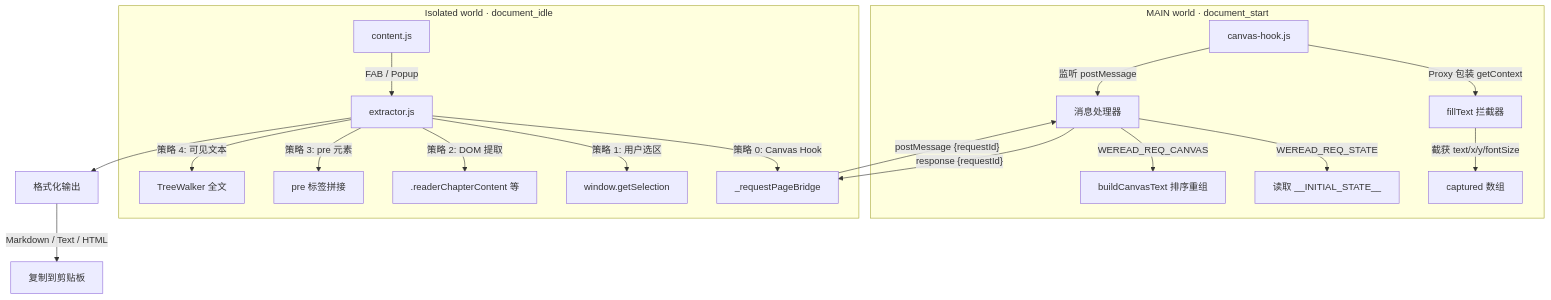
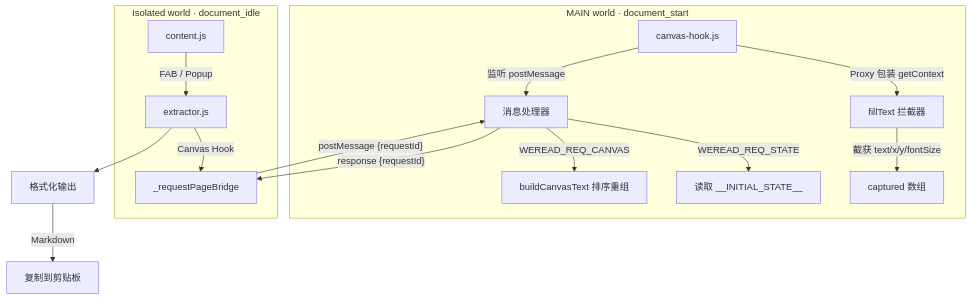
The diagram in CLAUDE.md (Harryleft/wechatread-content-extractor-plugin), drawn with Mermaid before and after one commit. The commit also changed other lines of this file and 4 other files, not shown here.

First line of the commit message:
refactor: 移除多策略降级和死代码，仅保留 Canvas Hook

````diff
--- a/CLAUDE.md
+++ b/CLAUDE.md
@@ -11,24 +11,20 @@
 ```mermaid
 graph TD
     subgraph "MAIN world · document_start"
         CH[canvas-hook.js] -->|Proxy 包装 getContext| PH[fillText 拦截器]
         PH -->|截获 text/x/y/fontSize| CAP[captured 数组]
         CH -->|监听 postMessage| MSG[消息处理器]
         MSG -->|WEREAD_REQ_STATE| STATE[读取 __INITIAL_STATE__]
         MSG -->|WEREAD_REQ_CANVAS| BUILD[buildCanvasText 排序重组]
     end
 
     subgraph "Isolated world · document_idle"
-        EX[extractor.js] -->|策略 0: Canvas Hook| BRIDGE[_requestPageBridge]
-        EX -->|策略 1: 用户选区| SEL[window.getSelection]
-        EX -->|策略 2: DOM 提取| DOM[.readerChapterContent 等]
-        EX -->|策略 3: pre 元素| PRE[pre 标签拼接]
-        EX -->|策略 4: 可见文本| VIS[TreeWalker 全文]
+        EX[extractor.js] -->|Canvas Hook| BRIDGE[_requestPageBridge]
         UI[content.js] -->|FAB / Popup| EX
     end
 
     BRIDGE -->|"postMessage {requestId}"| MSG
     MSG -->|"response {requestId}"| BRIDGE
     EX --> FMT[格式化输出]
-    FMT -->|Markdown / Text / HTML| CP[复制到剪贴板]
+    FMT -->|Markdown| CP[复制到剪贴板]
 ```
````
